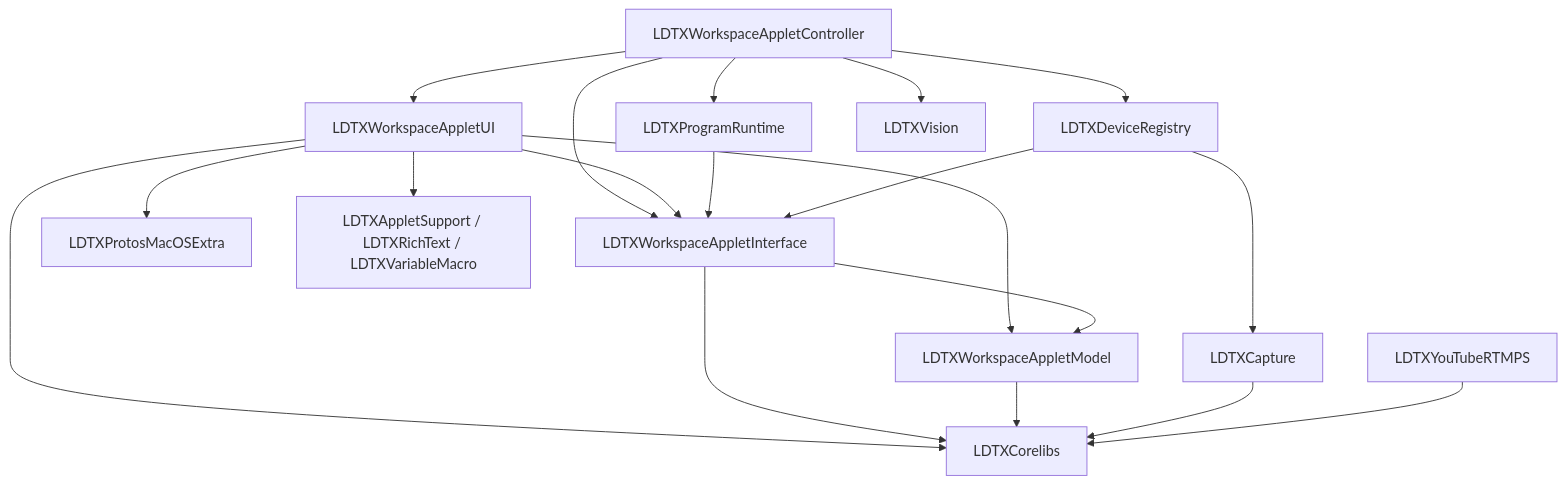
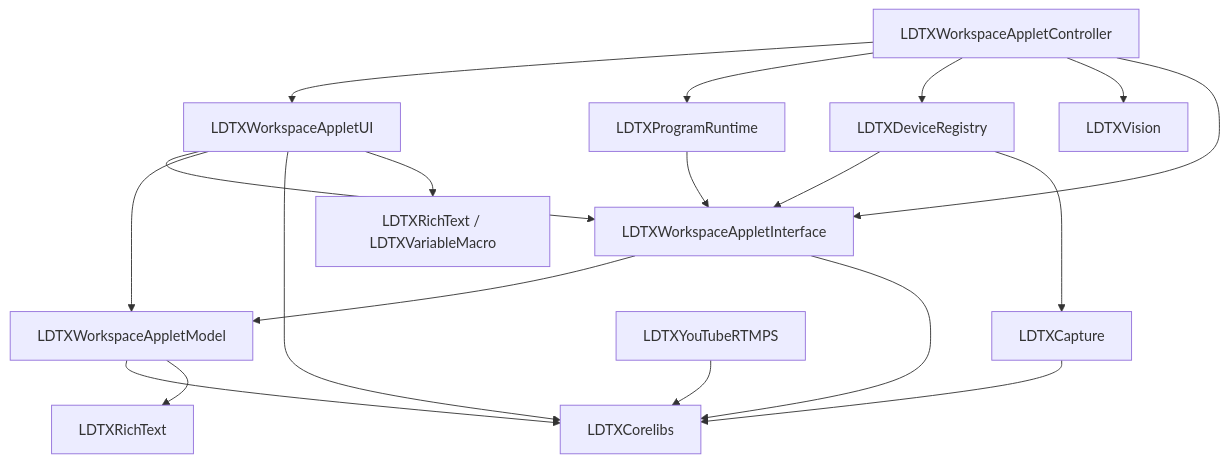
The first of 2 diagrams in docs/target-dependencies.md (kaito-tokyo/LDTX), drawn with Mermaid before and after one commit. The commit also changed 63 other files, not shown here.

````diff
--- a/docs/target-dependencies.md
+++ b/docs/target-dependencies.md
@@ -15,21 +15,21 @@
 ```mermaid
 flowchart TD
     Controller[LDTXWorkspaceAppletController] --> UI[LDTXWorkspaceAppletUI]
     Controller --> Runtime[LDTXProgramRuntime]
     Controller --> Devices[LDTXDeviceRegistry]
     Controller --> Vision[LDTXVision]
     Controller --> Contract[LDTXWorkspaceAppletInterface]
     UI --> Contract
     UI --> Model[LDTXWorkspaceAppletModel]
     UI --> Corelibs[LDTXCorelibs]
-    UI --> MacValues[LDTXProtosMacOSExtra]
-    UI --> Views[LDTXAppletSupport / LDTXRichText / LDTXVariableMacro]
+    UI --> Views[LDTXRichText / LDTXVariableMacro]
     Contract --> Model
     Contract --> Corelibs
     Model --> Corelibs
+    Model --> RichText[LDTXRichText]
     Runtime --> Contract
     Devices --> Contract
     Devices --> Capture[LDTXCapture]
     Capture --> Corelibs
     RTMPS[LDTXYouTubeRTMPS] --> Corelibs
 ```
````
